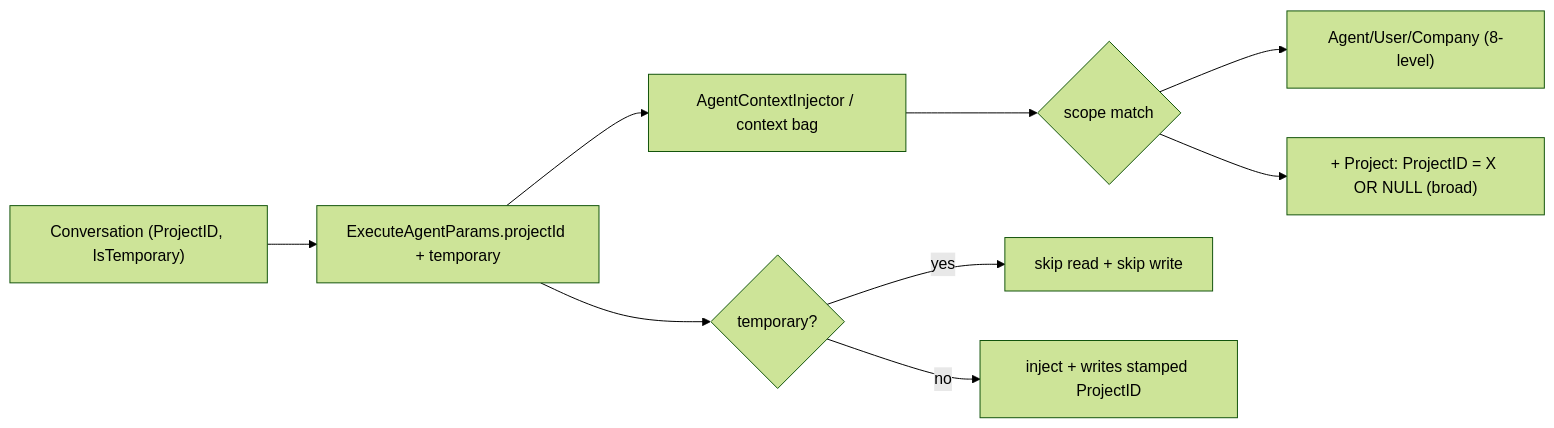
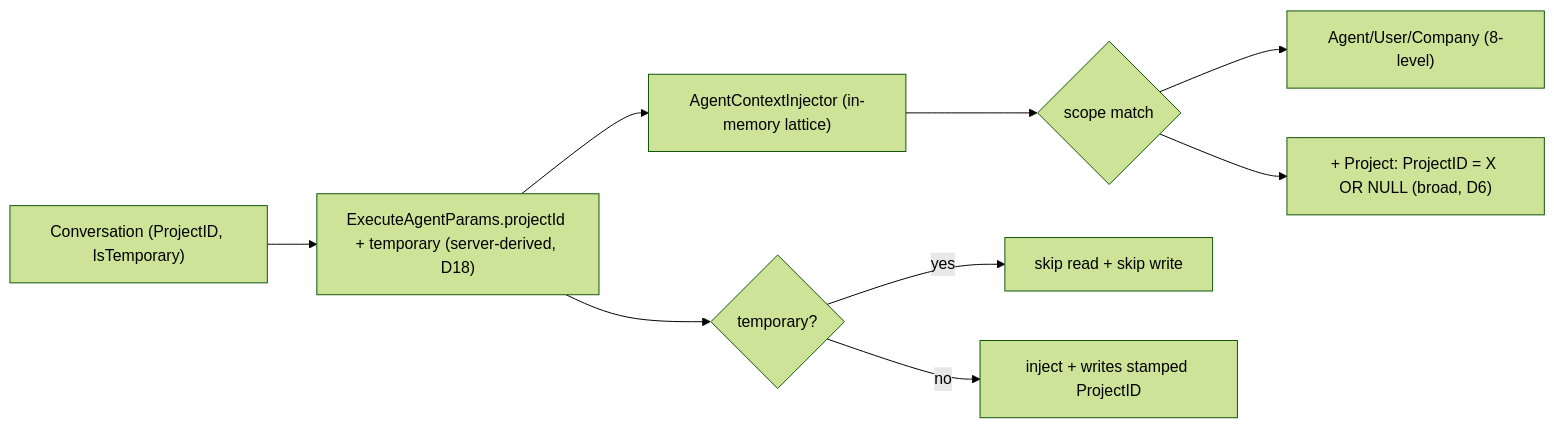
One commit to MemberJunction/MJ changed the seventh of 9 diagrams in plans/conversations-phase1/conversations-phase1-plan.md. Above: the diagram before and after it, drawn with Mermaid (forest theme). The commit also changed other lines of this file, not shown here.

````diff
--- a/plans/conversations-phase1/conversations-phase1-plan.md
+++ b/plans/conversations-phase1/conversations-phase1-plan.md
@@ -381,11 +439,11 @@
 ```mermaid
 flowchart LR
-  CONV["Conversation (ProjectID, IsTemporary)"] --> PARAMS["ExecuteAgentParams.projectId + temporary"]
-  PARAMS --> INJ[AgentContextInjector / context bag]
+  CONV["Conversation (ProjectID, IsTemporary)"] --> PARAMS["ExecuteAgentParams.projectId + temporary (server-derived, D18)"]
+  PARAMS --> INJ["AgentContextInjector (in-memory lattice)"]
   INJ --> LAT{scope match}
   LAT --> A["Agent/User/Company (8-level)"]
-  LAT --> P["+ Project: ProjectID = X OR NULL (broad)"]
+  LAT --> P["+ Project: ProjectID = X OR NULL (broad, D6)"]
   PARAMS --> T{temporary?}
   T -->|yes| SKIP[skip read + skip write]
   T -->|no| OK["inject + writes stamped ProjectID"]
 ```
````
